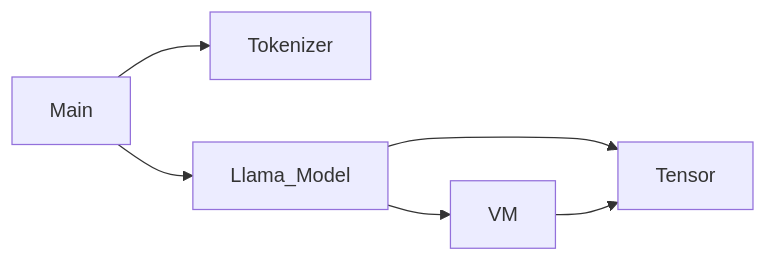
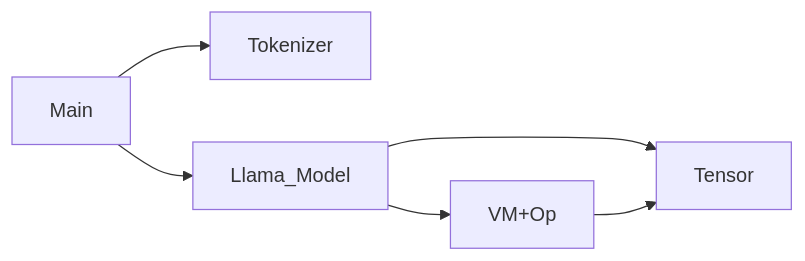
One commit to xiejw/z changed the diagram in incub/aic/README.md. Above: the diagram before and after it, drawn with Mermaid.

Commit message:
[aic] put op with vm in readme.

````diff
--- a/incub/aic/README.md
+++ b/incub/aic/README.md
@@ -13,8 +13,8 @@
 ```mermaid
 flowchart LR
     Main --> Tokenizer;
     Main --> Llama_Model;
-    Llama_Model --> VM;
+    Llama_Model --> VM+Op;
     Llama_Model --> Tensor;
-    VM --> Tensor;
+    VM+Op --> Tensor;
 ```
````
